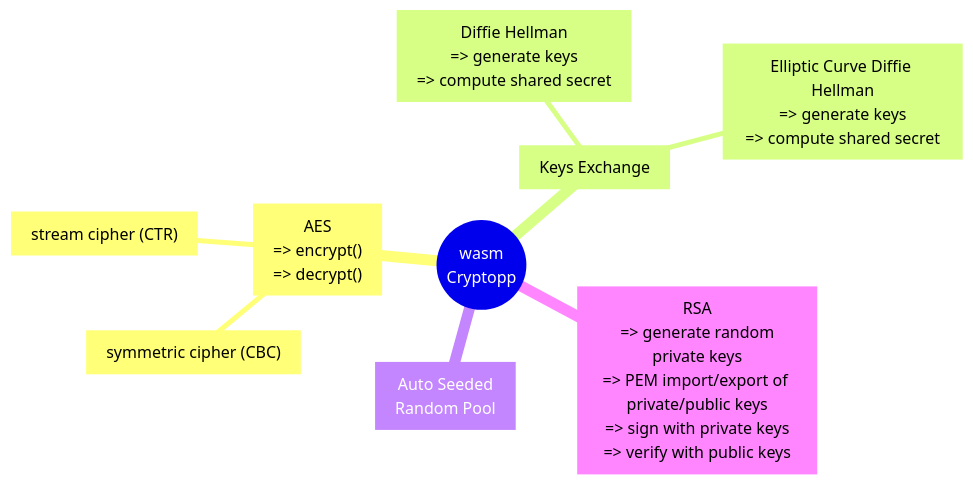
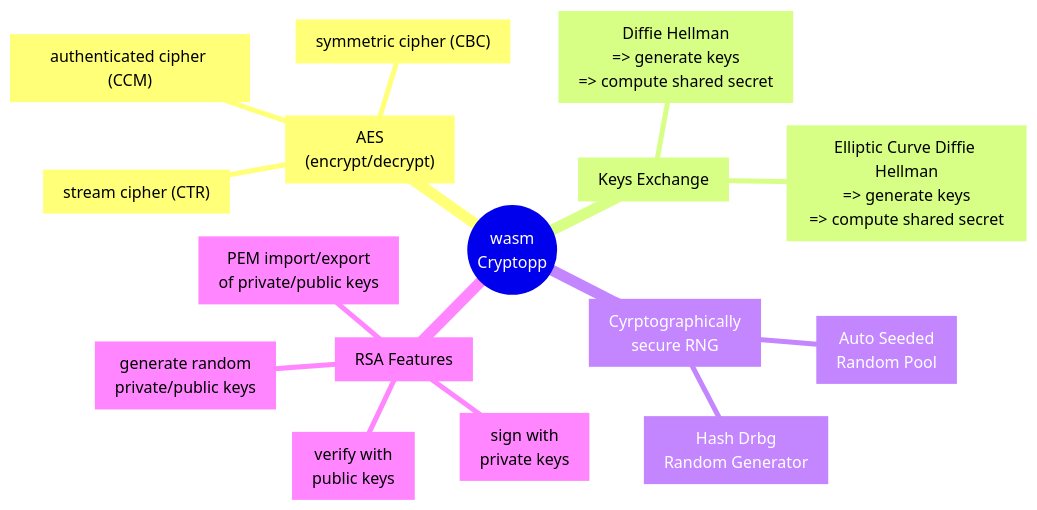
Before and after one commit to GuillaumeBouchetEpitech/wasm-cryptopp-as-module: the first of 6 diagrams in README.md, drawn with Mermaid. The commit also changed other lines of this file and 6 other files, not shown here.

````diff
--- a/README.md
+++ b/README.md
@@ -40,14 +70,21 @@
 ```mermaid
 
 mindmap
   cloud((wasm<br>Cryptopp))
-    ["AES<br>=#62; encrypt()<br>=#62; decrypt()"]
+    ["AES<br>(encrypt/decrypt)"]
       ["symmetric cipher (CBC)"]
       ["stream cipher (CTR)"]
+      ["authenticated cipher (CCM)"]
     ["Keys Exchange"]
       ["Diffie Hellman<br>=#62; generate keys<br>=#62; compute shared secret"]
       ["Elliptic Curve Diffie Hellman<br>=#62; generate keys<br>=#62; compute shared secret"]
-    ["Auto Seeded<br>Random Pool"]
-    ["RSA<br>=#62; generate random<br>private keys<br>=#62; PEM import/export of private/public keys<br>=#62; sign with private keys<br>=#62; verify with public keys"]
+    [Cyrptographically<br>secure RNG]
+      ["Auto Seeded<br>Random Pool"]
+      ["Hash Drbg<br>Random Generator"]
+    ["RSA Features"]
+      ["generate random<br>private/public keys"]
+      ["PEM import/export<br>of private/public keys"]
+      ["sign with<br>private keys"]
+      ["verify with<br>public keys"]
 
 ```
````
